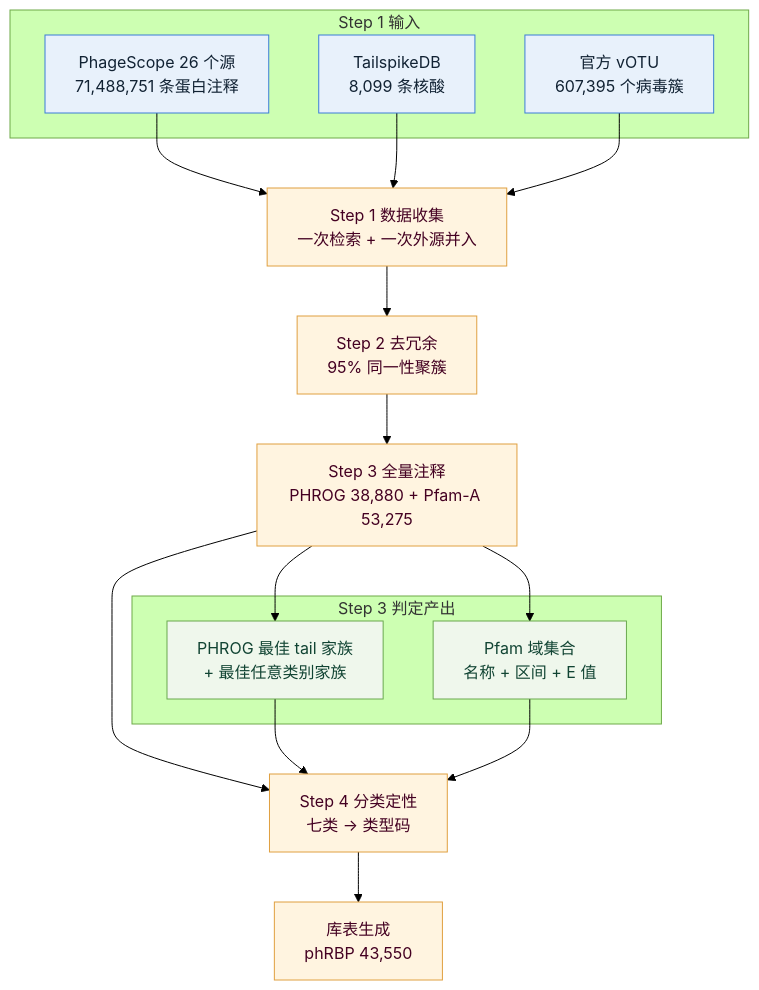
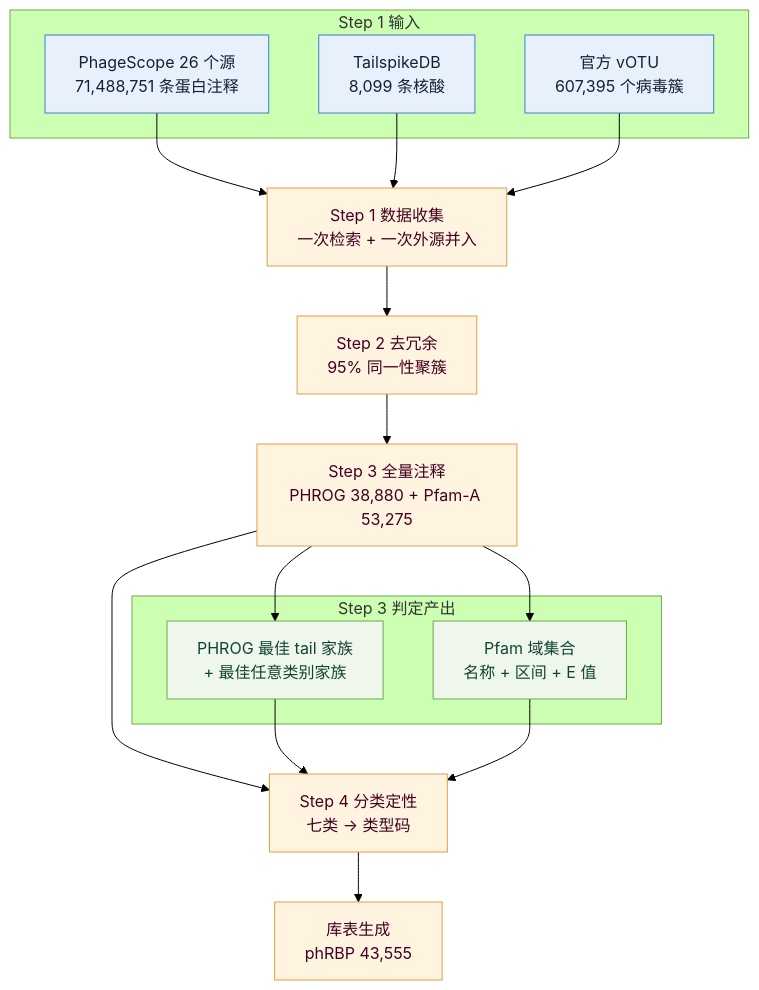
One commit to George-nsn/Ph_RBPdb changed the diagram in README.md. Above: the diagram before and after it, drawn with Mermaid (forest theme). The commit also changed other lines of this file and 3 other files, not shown here.

````diff
--- a/README.md
+++ b/README.md
@@ -53,32 +67,32 @@
 ```mermaid
 flowchart TD
     A["Step 1 数据收集<br/>一次检索 + 一次外源并入"] --> B["Step 2 去冗余<br/>95% 同一性聚簇"]
     B --> C["Step 3 全量注释<br/>PHROG 38,880 + Pfam-A 53,275"]
     C --> D["Step 4 分类定性<br/>七类 → 类型码"]
-    D --> E["库表生成<br/>phRBP 43,550"]
+    D --> E["库表生成<br/>phRBP 43,555"]
 
     subgraph S1["Step 1 输入"]
         A1["PhageScope 26 个源<br/>71,488,751 条蛋白注释"]
         A2["TailspikeDB<br/>8,099 条核酸"]
         A3["官方 vOTU<br/>607,395 个病毒簇"]
     end
     A1 --> A
     A2 --> A
     A3 --> A
 
     subgraph S3["Step 3 判定产出"]
         C1["PHROG 最佳 tail 家族<br/>+ 最佳任意类别家族"]
         C2["Pfam 域集合<br/>名称 + 区间 + E 值"]
     end
     C --> C1
     C --> C2
     C1 --> D
     C2 --> D
 
     classDef io fill:#E8F1FB,stroke:#3B7DD8,color:#123
     classDef step fill:#FFF4E0,stroke:#E0A040,color:#402
     classDef aux fill:#EFF7EC,stroke:#6AA84F,color:#143
     class A1,A2,A3 io
     class A,B,C,D,E step
     class C1,C2 aux
 ```
````
